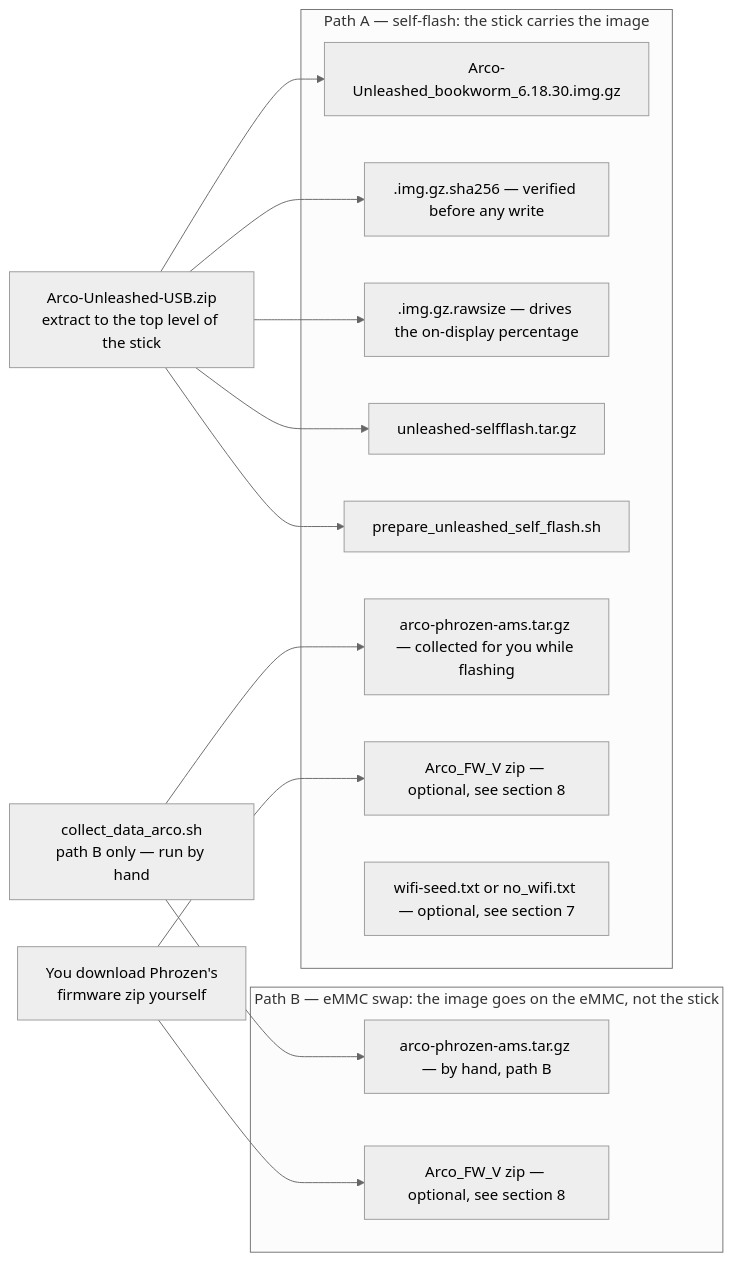
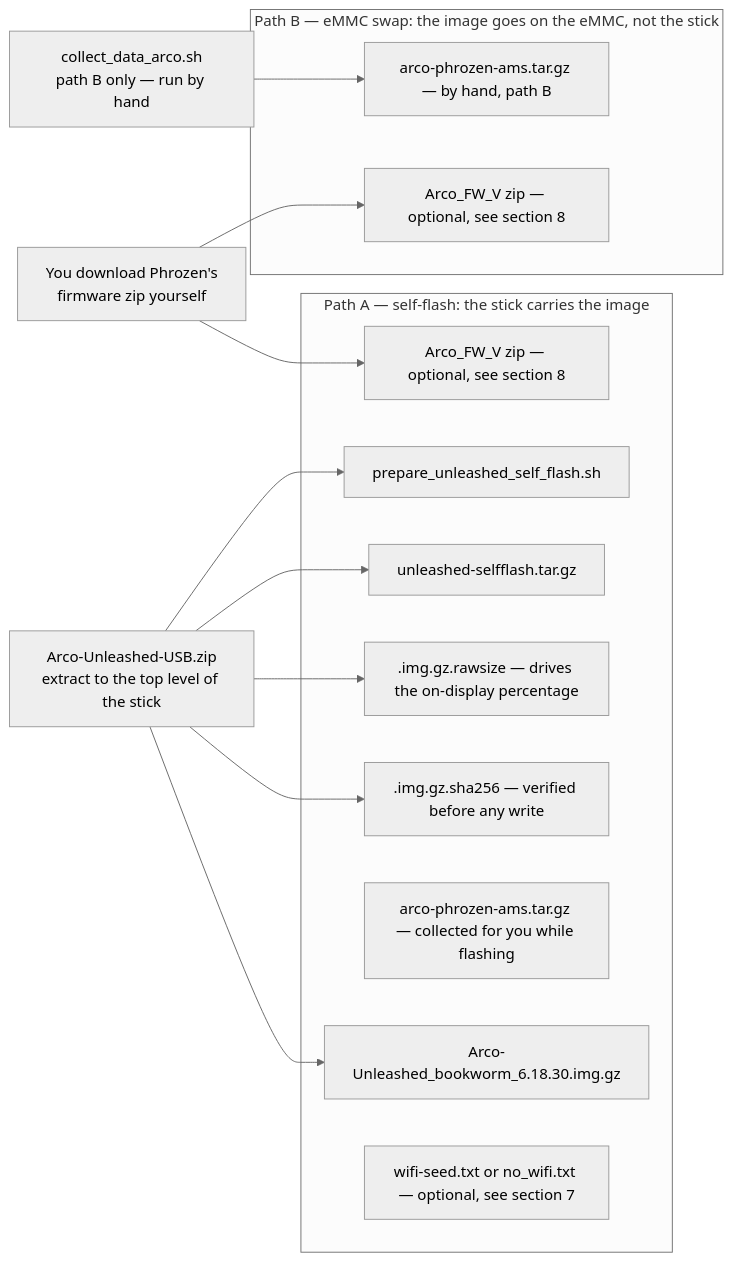
Before and after one commit to solutionphil/arco-unleashed: the third of 16 diagrams in INSTALL-FLOWCHARTS.md, drawn with Mermaid (neutral theme). The commit also changed other lines of this file and 7 other files, not shown here.

````diff
--- a/INSTALL-FLOWCHARTS.md
+++ b/INSTALL-FLOWCHARTS.md
@@ -101,32 +102,31 @@
 ```mermaid
 flowchart LR
     subgraph SA["Path A — self-flash: the stick carries the image"]
         A1["Arco-Unleashed_bookworm_6.18.30.img.gz"]
         A2[".img.gz.sha256 — verified before any write"]
         A3[".img.gz.rawsize — drives the on-display percentage"]
         A4["unleashed-selfflash.tar.gz"]
         A5["prepare_unleashed_self_flash.sh"]
         A6["arco-phrozen-ams.tar.gz — collected for you while flashing"]
         A7["Arco_FW_V zip — optional, see section 8"]
         A8["wifi-seed.txt or no_wifi.txt — optional, see section 7"]
     end
 
     subgraph SB["Path B — eMMC swap: the image goes on the eMMC, not the stick"]
         B6["arco-phrozen-ams.tar.gz — by hand, path B"]
         B7["Arco_FW_V zip — optional, see section 8"]
     end
 
     Z["Arco-Unleashed-USB.zip<br/>extract to the top level of the stick"]
     S0["collect_data_arco.sh<br/>path B only — run by hand"]
     PH["You download Phrozen's<br/>firmware zip yourself"]
 
     Z --> A1
     Z --> A2
     Z --> A3
     Z --> A4
     Z --> A5
-    S0 --> A6
     S0 --> B6
     PH --> A7
     PH --> B7
 ```
````
